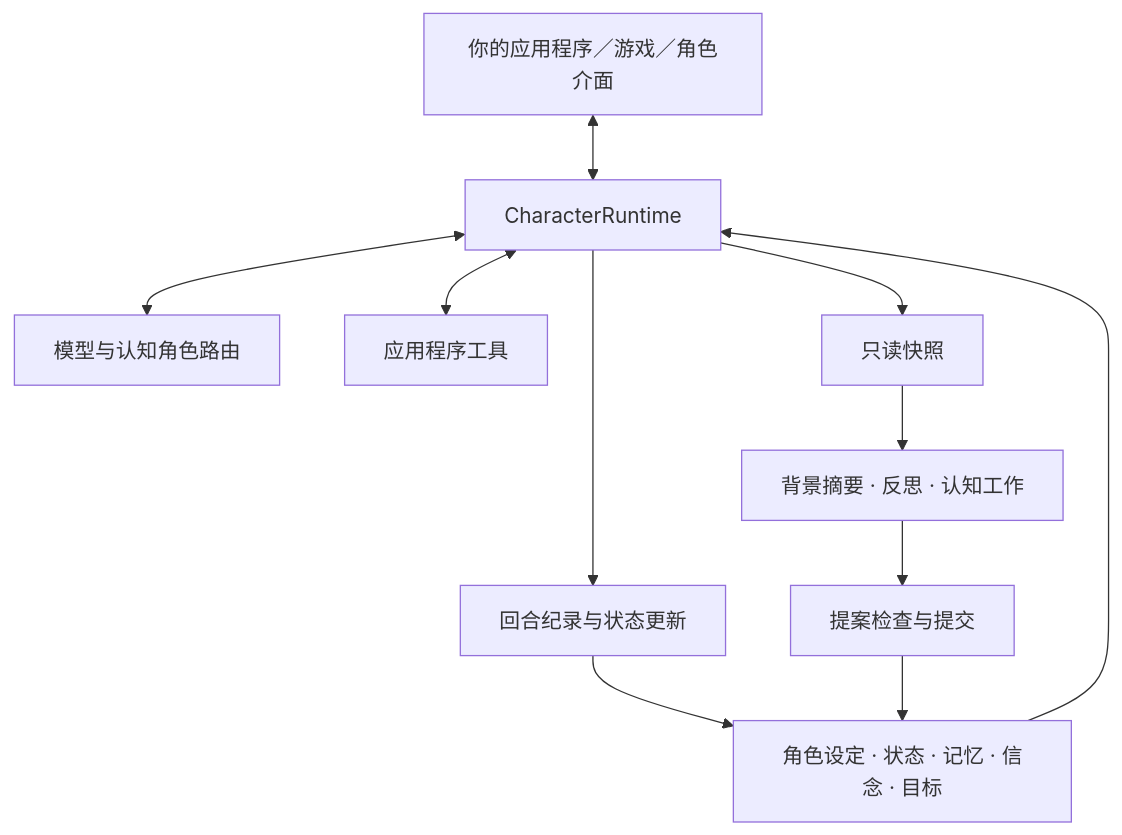
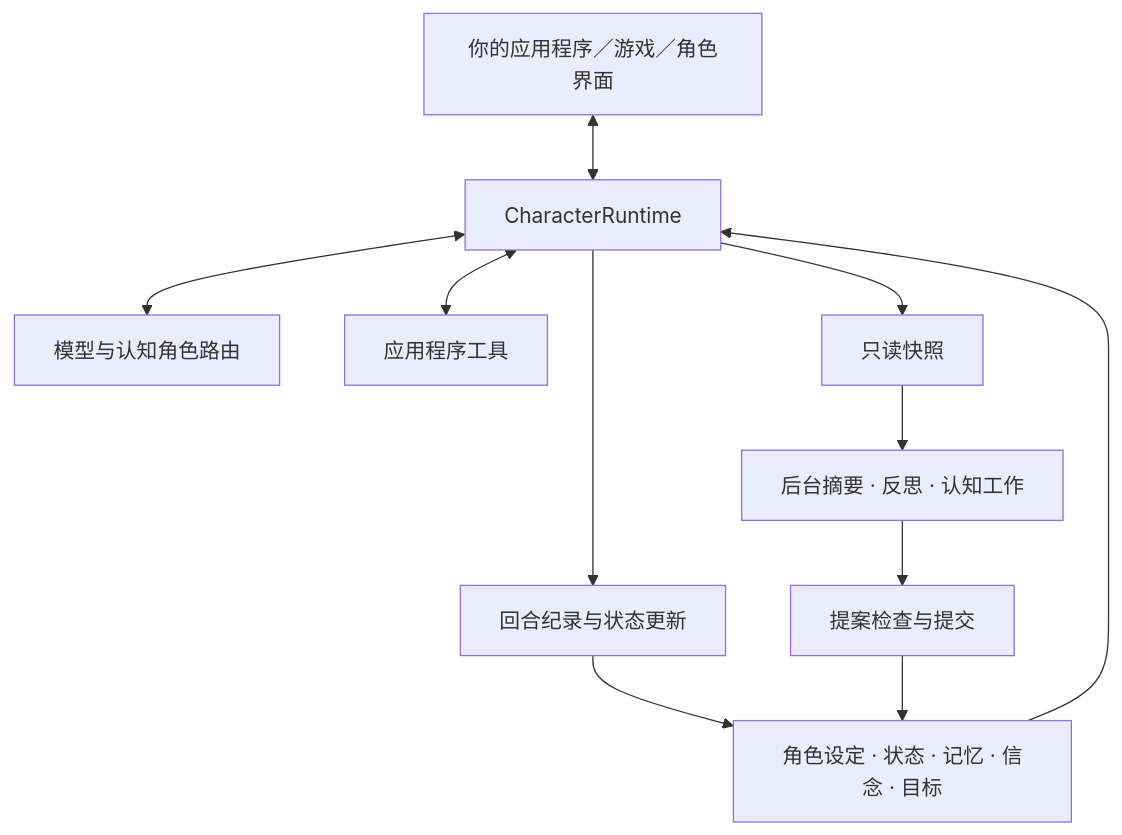
Before and after one commit to weryk153/ai-character-engine: the diagram in README.zh-CN.md, drawn with Mermaid. The commit also changed other lines of this file and 5 other files, not shown here.

````diff
--- a/README.zh-CN.md
+++ b/README.zh-CN.md
@@ -78,13 +78,13 @@
 ```mermaid
 flowchart TD
-    App["你的应用程序／游戏／角色介面"] <--> Runtime["CharacterRuntime"]
+    App["你的应用程序／游戏／角色界面"] <--> Runtime["CharacterRuntime"]
     Context["角色设定 · 状态 · 记忆 · 信念 · 目标"] --> Runtime
     Runtime <--> Models["模型与认知角色路由"]
     Runtime <--> Tools["应用程序工具"]
     Runtime --> Record["回合纪录与状态更新"]
     Record --> Context
     Runtime --> Snapshot["只读快照"]
-    Snapshot --> Workers["背景摘要 · 反思 · 认知工作"]
+    Snapshot --> Workers["后台摘要 · 反思 · 认知工作"]
     Workers --> Commit["提案检查与提交"]
     Commit --> Context
 ```
````
